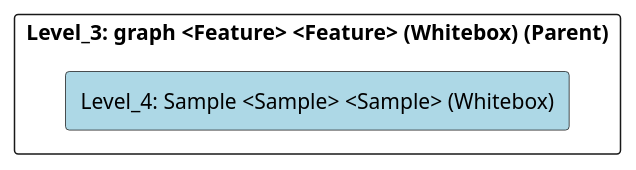
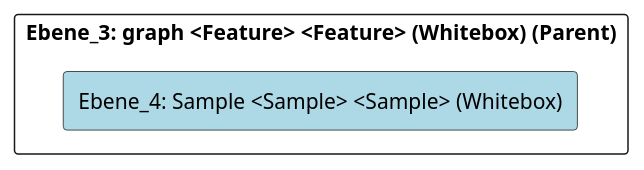
Before and after one commit to marcozwyssig/cleon: the diagram in doc/cleonproject_deliverables_architecture_model_architecture/adoc/de/05_bausteinsicht/cleon/modeling_languages/graph/sample/ebene_4_sample.adoc, drawn with PlantUML. The commit also changed other lines of this file and 214 other files, not shown here.

```diff
--- a/doc/cleonproject_deliverables_architecture_model_architecture/adoc/de/05_bausteinsicht/cleon/modeling_languages/graph/sample/ebene_4_sample.adoc
+++ b/doc/cleonproject_deliverables_architecture_model_architecture/adoc/de/05_bausteinsicht/cleon/modeling_languages/graph/sample/ebene_4_sample.adoc
@@ -20,24 +20,24 @@
-[plantuml, Level_4: Sample <Sample> <Sample> (Whitebox)BlockOverview, format="svg"]
+[plantuml, Ebene_4: Sample <Sample> <Sample> (Whitebox)BlockOverview, format="svg"]
 ----
-@startuml Level_4: Sample <Sample> <Sample> (Whitebox)BuildingBlockOverview
+@startuml Ebene_4: Sample <Sample> <Sample> (Whitebox)BuildingBlockOverview
 
 skinparam ranksep 10
 skinparam componentStyle rectangle
 skinparam shadowing false
 skinparam arrowColor lightblue
 skinparam arrowThickness 1.2
 skinparam rectangle {
   BackgroundColor White
   BorderColor #333
   RoundCorner 10
 }
 top to bottom direction
 
-component "Level_3: graph <Feature> <Feature> (Whitebox) (Parent)" {
-    component "Level_4: Sample <Sample> <Sample> (Whitebox)" #lightblue {
+component "Ebene_3: graph <Feature> <Feature> (Whitebox) (Parent)" {
+    component "Ebene_4: Sample <Sample> <Sample> (Whitebox)" #lightblue {
     }
 
 }
 
 @enduml
 ----
```
